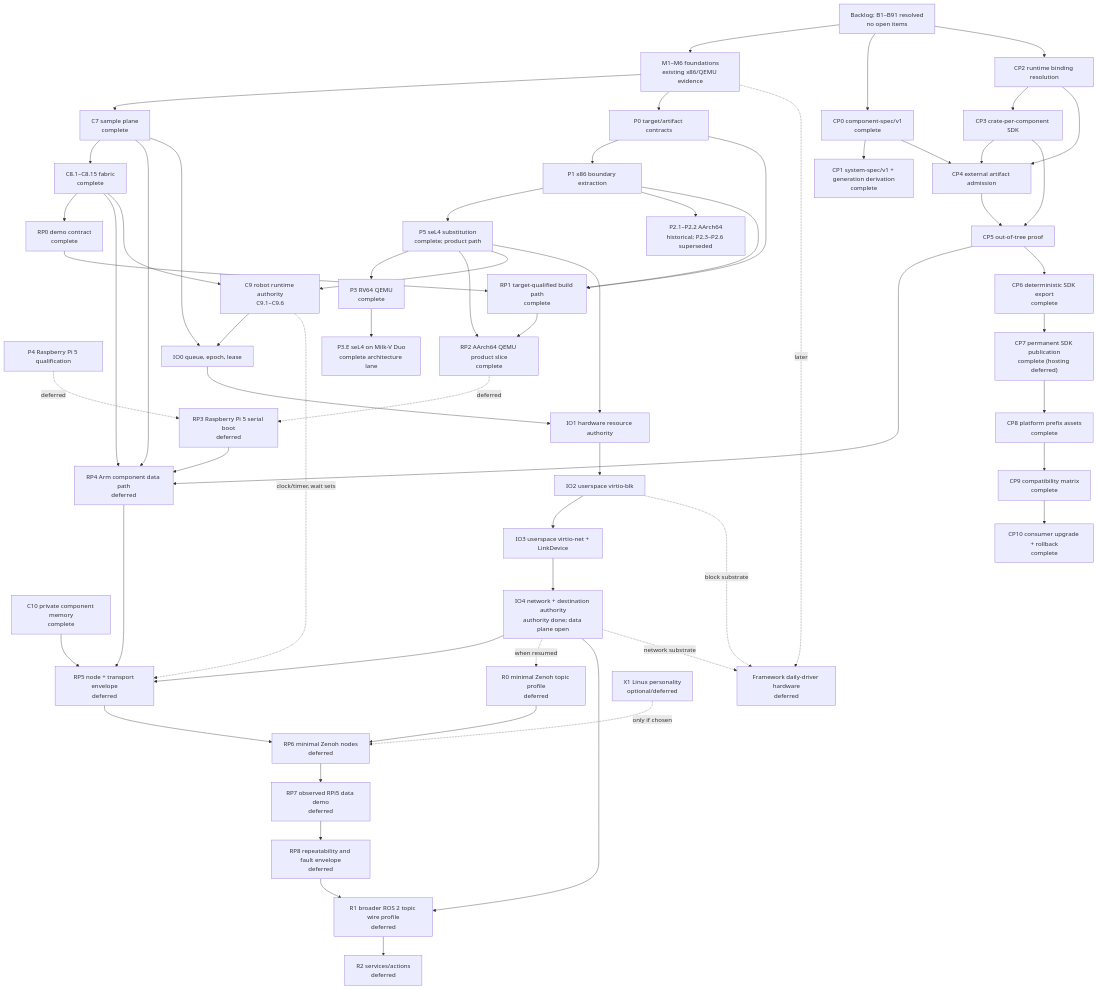
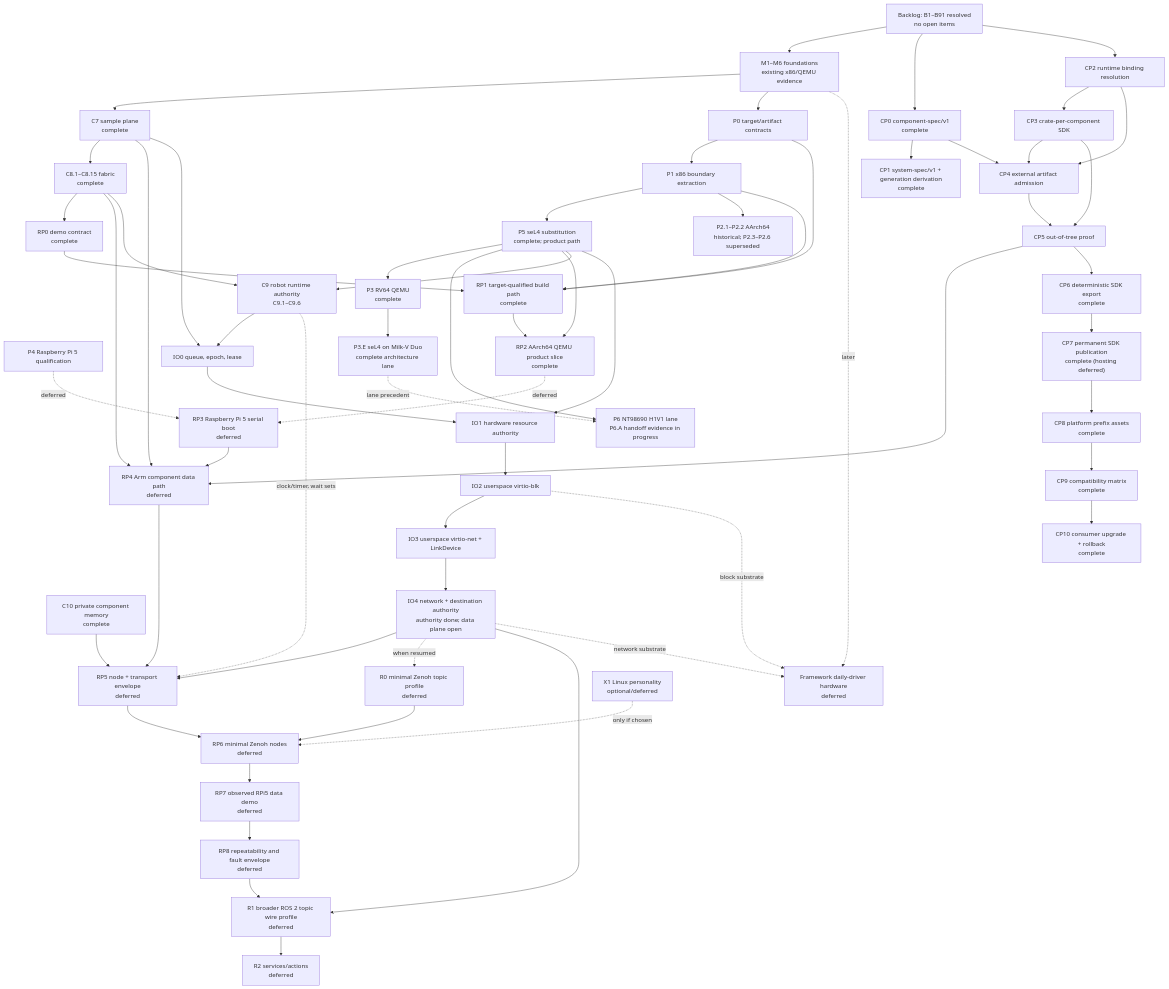
The diagram in roadmap/README.md (iceice666/slime_os), drawn with Mermaid before and after one commit. The commit also changed other lines of this file and 15 other files, not shown here.

```diff
--- a/roadmap/README.md
+++ b/roadmap/README.md
@@ -84,6 +86,7 @@
     Framework["Framework daily-driver hardware\ndeferred"]
     RV64["P3 RV64 QEMU\ncomplete"]
     Duo["P3.E seL4 on Milk-V Duo\ncomplete architecture lane"]
+    H1V1["P6 NT98690 H1V1 lane\nP6.A handoff evidence in progress"]
     X1["X1 Linux personality\noptional/deferred"]
 
     Backlog --> Foundations
@@ -91,6 +94,8 @@
     Foundations --> P0 --> P1 --> P5
     P1 --> P2
     P5 --> RV64 --> Duo
+    P5 --> H1V1
+    Duo -.->|lane precedent| H1V1
     C8 --> RP0
     P0 --> RP1
     P1 --> RP1
```
